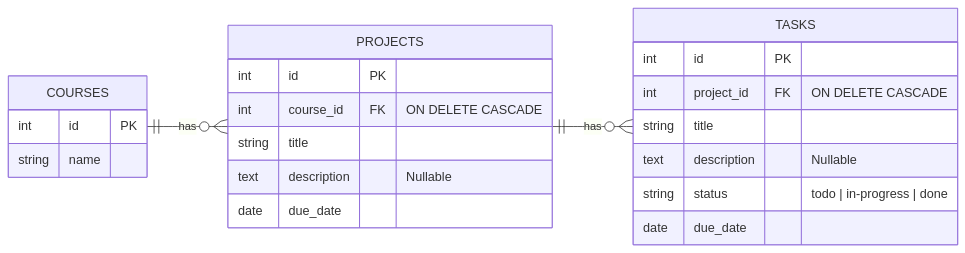
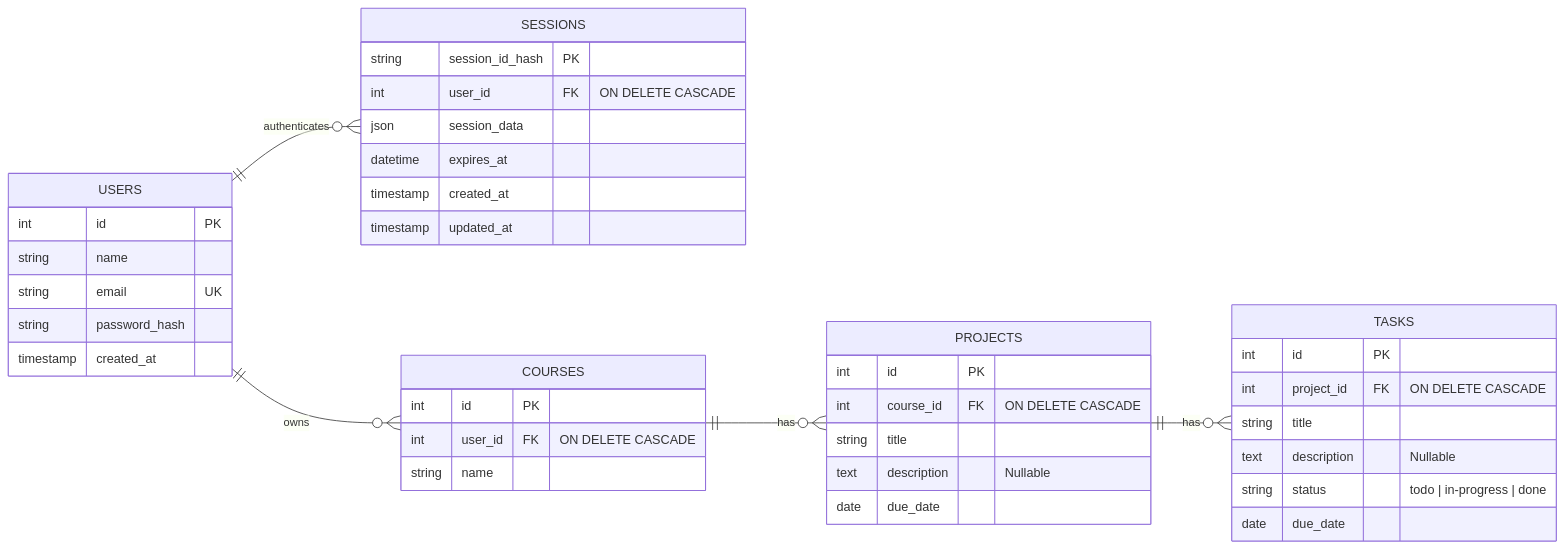
Before and after one commit to tranbaoanh21/course-management-campus-flow: the diagram in docs/erd.mmd, drawn with Mermaid. The commit also changed 7 other files, not shown here.

```diff
--- a/docs/erd.mmd
+++ b/docs/erd.mmd
@@ -1,27 +1,47 @@
 erDiagram
     direction LR
 
+    USERS ||--o{ SESSIONS : authenticates
+    USERS ||--o{ COURSES : owns
     COURSES ||--o{ PROJECTS : has
     PROJECTS ||--o{ TASKS : has
 
+    USERS {
+        int id PK
+        string name
+        string email UK
+        string password_hash
+        timestamp created_at
+    }
+
+    SESSIONS {
+        string session_id_hash PK
+        int user_id FK "ON DELETE CASCADE"
+        json session_data
+        datetime expires_at
+        timestamp created_at
+        timestamp updated_at
+    }
+
     COURSES {
         int id PK
+        int user_id FK "ON DELETE CASCADE"
         string name
     }
 
     PROJECTS {
         int id PK
         int course_id FK "ON DELETE CASCADE"
         string title
         text description "Nullable"
         date due_date
     }
 
     TASKS {
         int id PK
         int project_id FK "ON DELETE CASCADE"
         string title
         text description "Nullable"
         string status "todo | in-progress | done"
         date due_date
     }
```
